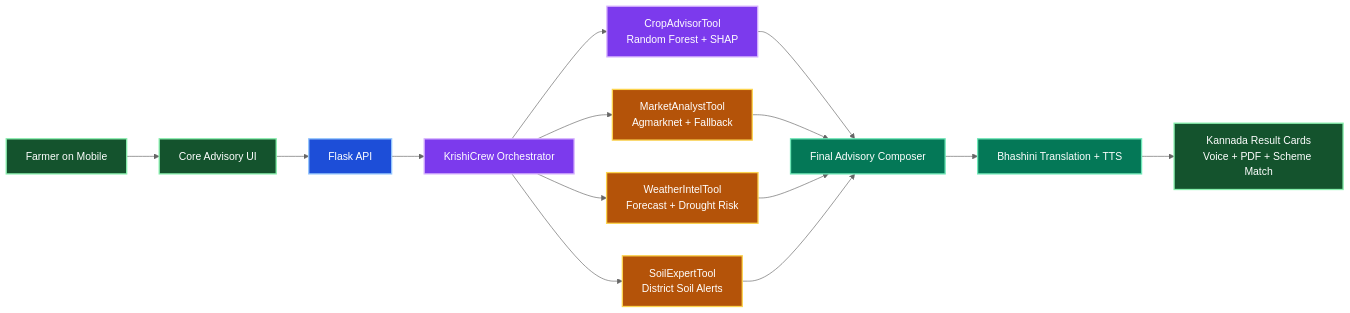
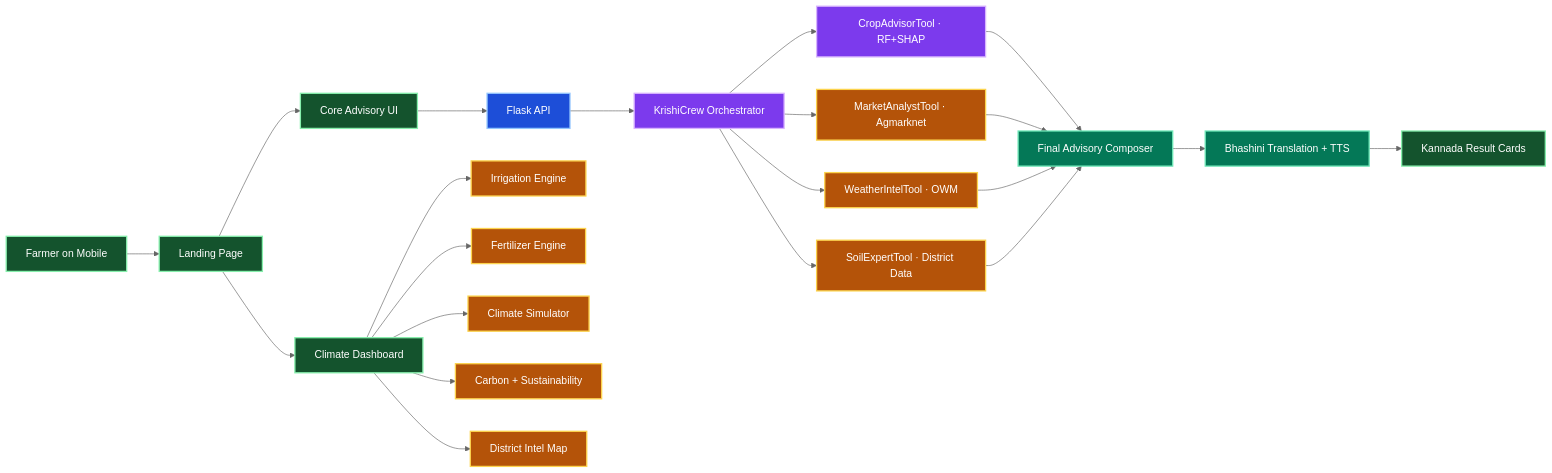
The first of 2 diagrams in README.md (Yashaswini-V21/Rytha_Mitra), drawn with Mermaid (neutral theme) before and after one commit. The commit also changed other lines of this file and 14 other files, not shown here.

First line of the commit message:
✨ feat: premium UI upgrade — climate dashboard, advisory tool & navbar redesign

````diff
--- a/README.md
+++ b/README.md
@@ -151,25 +148,34 @@
 ```mermaid
 flowchart LR
   classDef farm fill:#14532d,stroke:#86efac,color:#ffffff,stroke-width:2px;
   classDef api fill:#1d4ed8,stroke:#93c5fd,color:#ffffff,stroke-width:2px;
   classDef crew fill:#7c3aed,stroke:#d8b4fe,color:#ffffff,stroke-width:2px;
-  classDef data fill:#b45309,stroke:#fcd34d,color:#ffffff,stroke-width:2px;
+  classDef climate fill:#b45309,stroke:#fcd34d,color:#ffffff,stroke-width:2px;
   classDef output fill:#047857,stroke:#6ee7b7,color:#ffffff,stroke-width:2px;
 
-  A[Farmer on Mobile]:::farm --> B[Core Advisory UI]:::farm
-  B --> C[Flask API]:::api
-  C --> D[KrishiCrew Orchestrator]:::crew
+  A[Farmer on Mobile]:::farm --> B[Landing Page]:::farm
+  B --> C1[Core Advisory UI]:::farm
+  B --> C2[Climate Dashboard]:::farm
 
-  D --> E[CropAdvisorTool<br/>Random Forest + SHAP]:::crew
-  D --> F[MarketAnalystTool<br/>Agmarknet + Fallback]:::data
-  D --> G[WeatherIntelTool<br/>Forecast + Drought Risk]:::data
-  D --> H[SoilExpertTool<br/>District Soil Alerts]:::data
+  C1 --> D[Flask API]:::api
+  D --> E[KrishiCrew Orchestrator]:::crew
 
-  E --> I[Final Advisory Composer]:::output
-  F --> I
-  G --> I
-  H --> I
+  E --> F1[CropAdvisorTool · RF+SHAP]:::crew
+  E --> F2[MarketAnalystTool · Agmarknet]:::climate
+  E --> F3[WeatherIntelTool · OWM]:::climate
+  E --> F4[SoilExpertTool · District Data]:::climate
 
-  I --> J[Bhashini Translation + TTS]:::output
-  J --> K[Kannada Result Cards<br/>Voice + PDF + Scheme Match]:::farm
+  F1 --> G[Final Advisory Composer]:::output
+  F2 --> G
+  F3 --> G
+  F4 --> G
+
+  G --> H[Bhashini Translation + TTS]:::output
+  H --> I[Kannada Result Cards]:::farm
+
+  C2 --> J1[Irrigation Engine]:::climate
+  C2 --> J2[Fertilizer Engine]:::climate
+  C2 --> J3[Climate Simulator]:::climate
+  C2 --> J4[Carbon + Sustainability]:::climate
+  C2 --> J5[District Intel Map]:::climate
 ```
````
